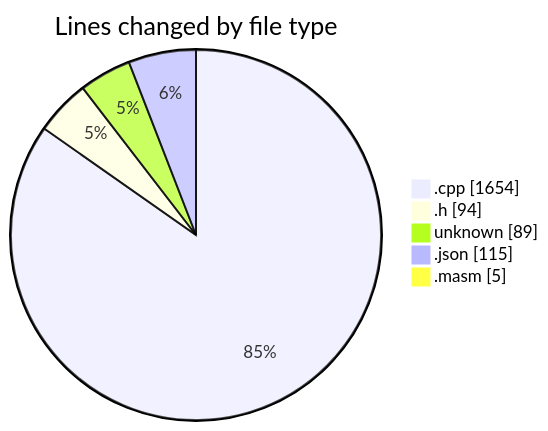
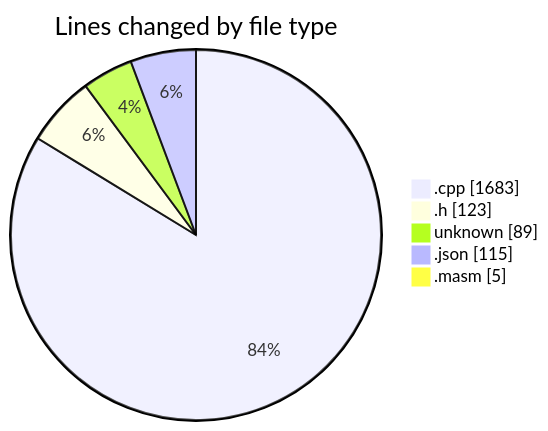
The first of 2 diagrams in 2025-04-29/c-masm/README.md (charlie-sans/code-tracking), drawn with Mermaid before and after one commit. The commit also changed other lines of this file and 1 other file, not shown here.

````diff
--- a/2025-04-29/c-masm/README.md
+++ b/2025-04-29/c-masm/README.md
@@ -25,9 +26,9 @@
 ```mermaid
 pie showData
 title Lines changed by file type
-".cpp" : 1654
-".h" : 94
+".cpp" : 1683
+".h" : 123
 "unknown" : 89
 ".json" : 115
 ".masm" : 5
 ```
````
